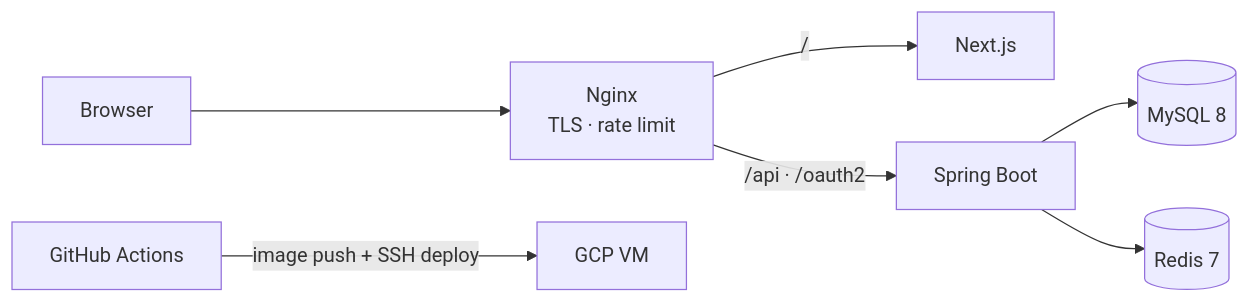
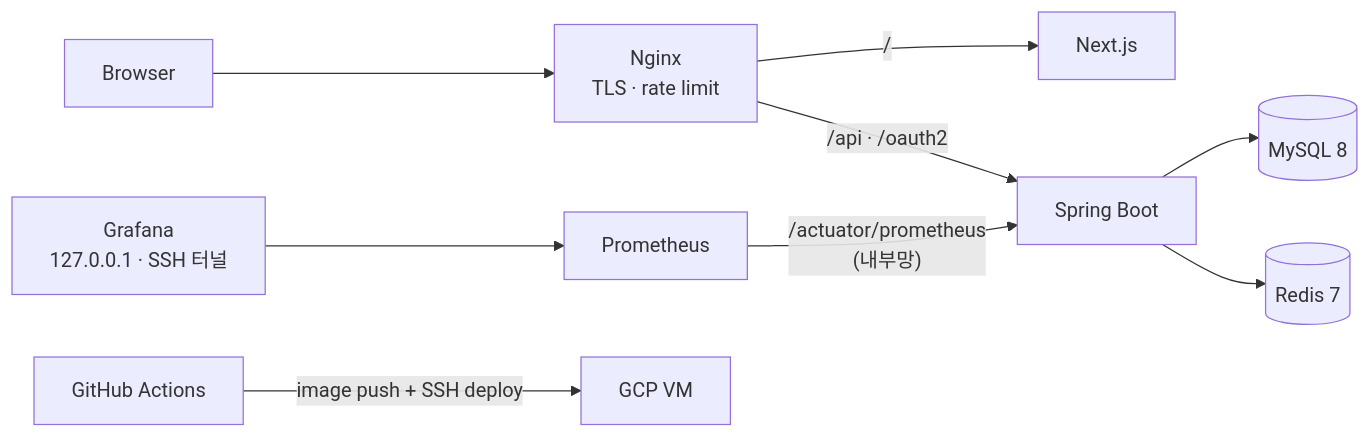
One commit to Hyunul/CBT changed the diagram in README.md. Above: the diagram before and after it, drawn with Mermaid. The commit also changed other lines of this file and 6 other files, not shown here.

````diff
--- a/README.md
+++ b/README.md
@@ -35,9 +51,11 @@
 ```mermaid
 flowchart LR
   U[Browser] --> N[Nginx<br/>TLS · rate limit]
   N -- "/" --> F[Next.js]
   N -- "/api · /oauth2" --> B[Spring Boot]
   B --> M[(MySQL 8)]
   B --> R[(Redis 7)]
+  P[Prometheus] -- "/actuator/prometheus<br/>(내부망)" --> B
+  G[Grafana<br/>127.0.0.1 · SSH 터널] --> P
   GA[GitHub Actions] -- "image push + SSH deploy" --> VM[GCP VM]
 ```
````
